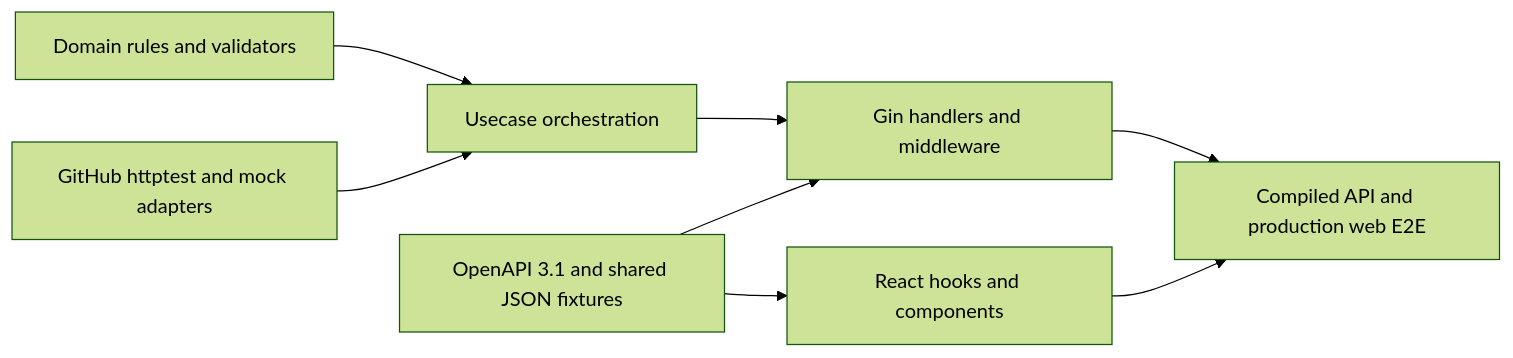
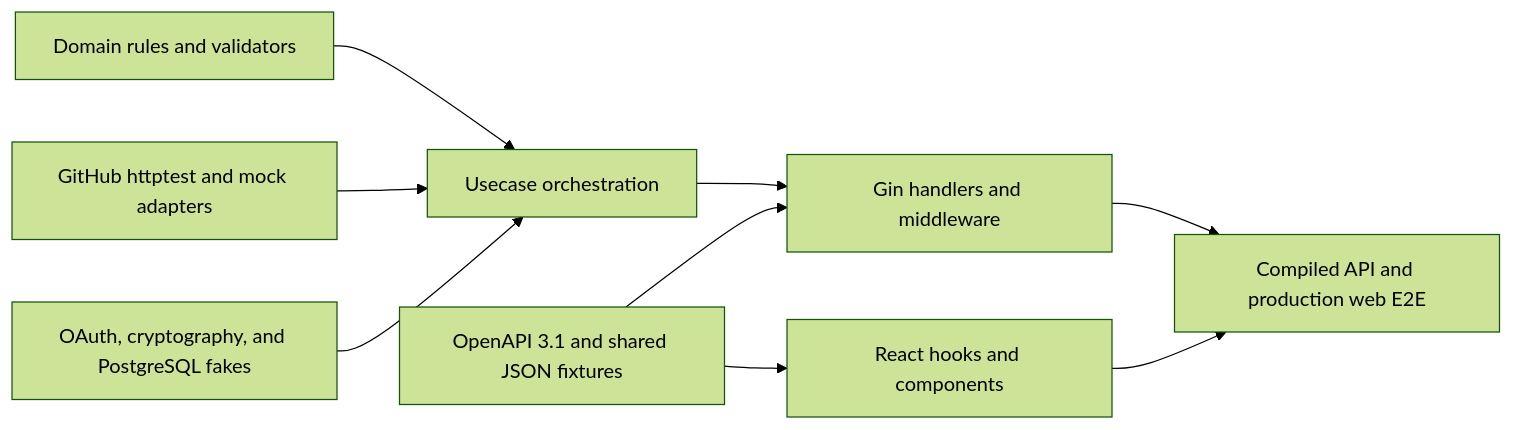
One commit to tensho1026/github-issue-search changed the diagram in docs/testing.md. Above: the diagram before and after it, drawn with Mermaid (forest theme). The commit also changed other lines of this file and 51 other files, not shown here.

First line of the commit message:
feat(auth): add secure optional GitHub OAuth sessions (#57)

````diff
--- a/docs/testing.md
+++ b/docs/testing.md
@@ -10,10 +10,11 @@
 ```mermaid
 flowchart LR
     Domain["Domain rules and validators"] --> Usecase["Usecase orchestration"]
     Adapter["GitHub httptest and mock adapters"] --> Usecase
+    Auth["OAuth, cryptography, and PostgreSQL fakes"] --> Usecase
     Usecase --> Handler["Gin handlers and middleware"]
     Contract["OpenAPI 3.1 and shared JSON fixtures"] --> Handler
     Contract --> Web["React hooks and components"]
     Handler --> E2E["Compiled API and production web E2E"]
     Web --> E2E
 ```
````
